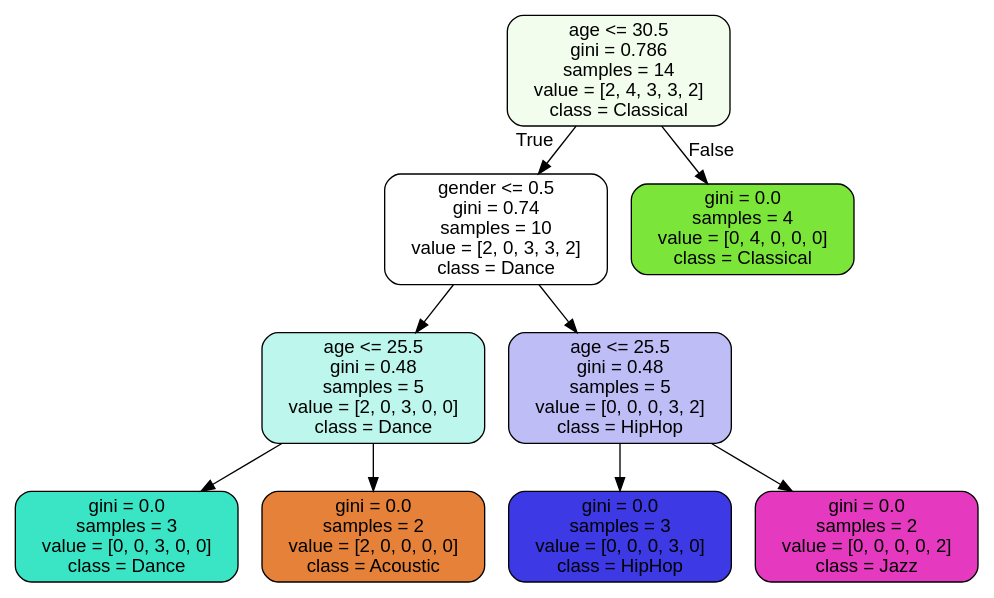
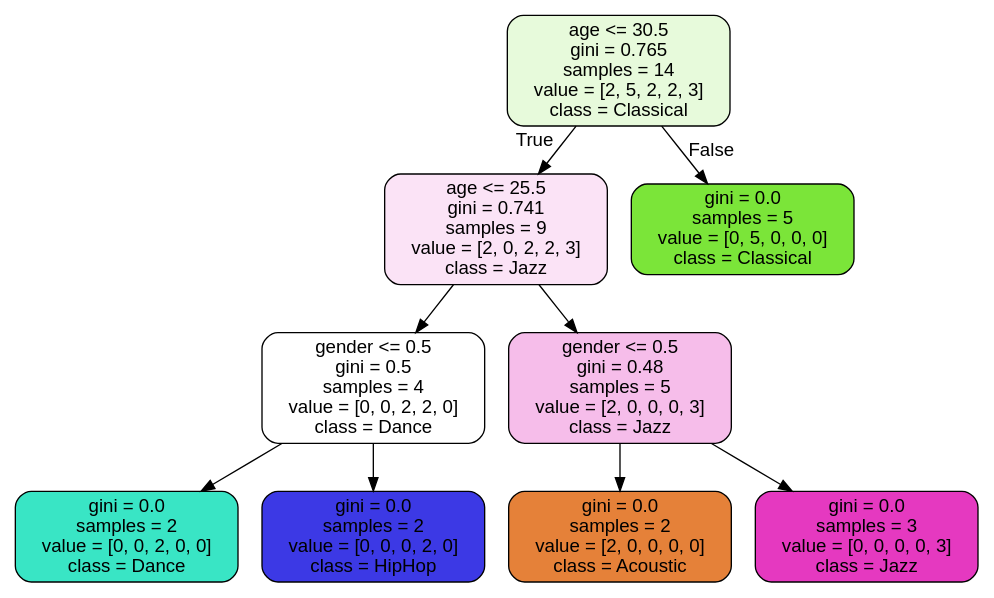
The diagram in Music_identifier.dot (MbuviM/Music_Identifier_ML_Model), drawn with Graphviz before and after one commit. The commit also changed 2 other files, not shown here.

```diff
--- a/Music_identifier.dot
+++ b/Music_identifier.dot
@@ -1,21 +1,21 @@
 digraph Tree {
 node [shape=box, style="filled, rounded", color="black", fontname="helvetica"] ;
 edge [fontname="helvetica"] ;
-0 [label="age <= 30.5\ngini = 0.786\nsamples = 14\nvalue = [2, 4, 3, 3, 2]\nclass = Classical", fillcolor="#f3fded"] ;
-1 [label="gender <= 0.5\ngini = 0.74\nsamples = 10\nvalue = [2, 0, 3, 3, 2]\nclass = Dance", fillcolor="#ffffff"] ;
+0 [label="age <= 30.5\ngini = 0.765\nsamples = 14\nvalue = [2, 5, 2, 2, 3]\nclass = Classical", fillcolor="#e7fadb"] ;
+1 [label="age <= 25.5\ngini = 0.741\nsamples = 9\nvalue = [2, 0, 2, 2, 3]\nclass = Jazz", fillcolor="#fbe3f6"] ;
 0 -> 1 [labeldistance=2.5, labelangle=45, headlabel="True"] ;
-2 [label="age <= 25.5\ngini = 0.48\nsamples = 5\nvalue = [2, 0, 3, 0, 0]\nclass = Dance", fillcolor="#bdf6ec"] ;
+2 [label="gender <= 0.5\ngini = 0.5\nsamples = 4\nvalue = [0, 0, 2, 2, 0]\nclass = Dance", fillcolor="#ffffff"] ;
 1 -> 2 ;
-3 [label="gini = 0.0\nsamples = 3\nvalue = [0, 0, 3, 0, 0]\nclass = Dance", fillcolor="#39e5c5"] ;
+3 [label="gini = 0.0\nsamples = 2\nvalue = [0, 0, 2, 0, 0]\nclass = Dance", fillcolor="#39e5c5"] ;
 2 -> 3 ;
-4 [label="gini = 0.0\nsamples = 2\nvalue = [2, 0, 0, 0, 0]\nclass = Acoustic", fillcolor="#e58139"] ;
+4 [label="gini = 0.0\nsamples = 2\nvalue = [0, 0, 0, 2, 0]\nclass = HipHop", fillcolor="#3c39e5"] ;
 2 -> 4 ;
-5 [label="age <= 25.5\ngini = 0.48\nsamples = 5\nvalue = [0, 0, 0, 3, 2]\nclass = HipHop", fillcolor="#bebdf6"] ;
+5 [label="gender <= 0.5\ngini = 0.48\nsamples = 5\nvalue = [2, 0, 0, 0, 3]\nclass = Jazz", fillcolor="#f6bdea"] ;
 1 -> 5 ;
-6 [label="gini = 0.0\nsamples = 3\nvalue = [0, 0, 0, 3, 0]\nclass = HipHop", fillcolor="#3c39e5"] ;
+6 [label="gini = 0.0\nsamples = 2\nvalue = [2, 0, 0, 0, 0]\nclass = Acoustic", fillcolor="#e58139"] ;
 5 -> 6 ;
-7 [label="gini = 0.0\nsamples = 2\nvalue = [0, 0, 0, 0, 2]\nclass = Jazz", fillcolor="#e539c0"] ;
+7 [label="gini = 0.0\nsamples = 3\nvalue = [0, 0, 0, 0, 3]\nclass = Jazz", fillcolor="#e539c0"] ;
 5 -> 7 ;
-8 [label="gini = 0.0\nsamples = 4\nvalue = [0, 4, 0, 0, 0]\nclass = Classical", fillcolor="#7be539"] ;
+8 [label="gini = 0.0\nsamples = 5\nvalue = [0, 5, 0, 0, 0]\nclass = Classical", fillcolor="#7be539"] ;
 0 -> 8 [labeldistance=2.5, labelangle=-45, headlabel="False"] ;
 }
```
